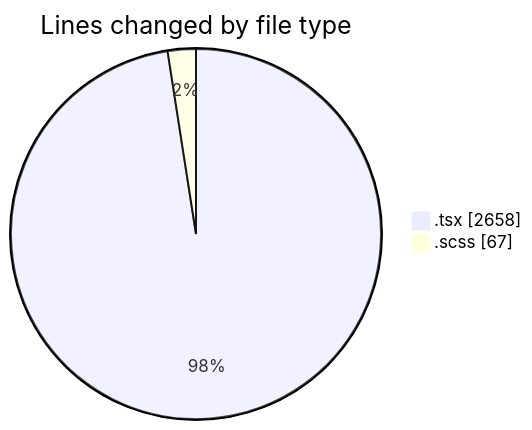
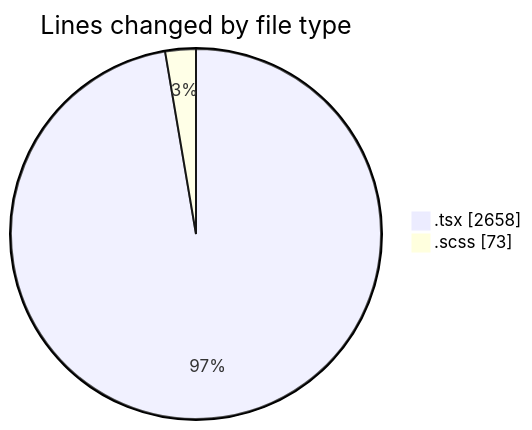
One commit to momahboobian/code-tracking changed the first of 2 diagrams in 2025-06-13/cda/README.md. Above: the diagram before and after it, drawn with Mermaid. The commit also changed other lines of this file and 1 other file, not shown here.

````diff
--- a/2025-06-13/cda/README.md
+++ b/2025-06-13/cda/README.md
@@ -27,6 +27,6 @@
 ```mermaid
 pie showData
 title Lines changed by file type
 ".tsx" : 2658
-".scss" : 67
+".scss" : 73
 ```
````
